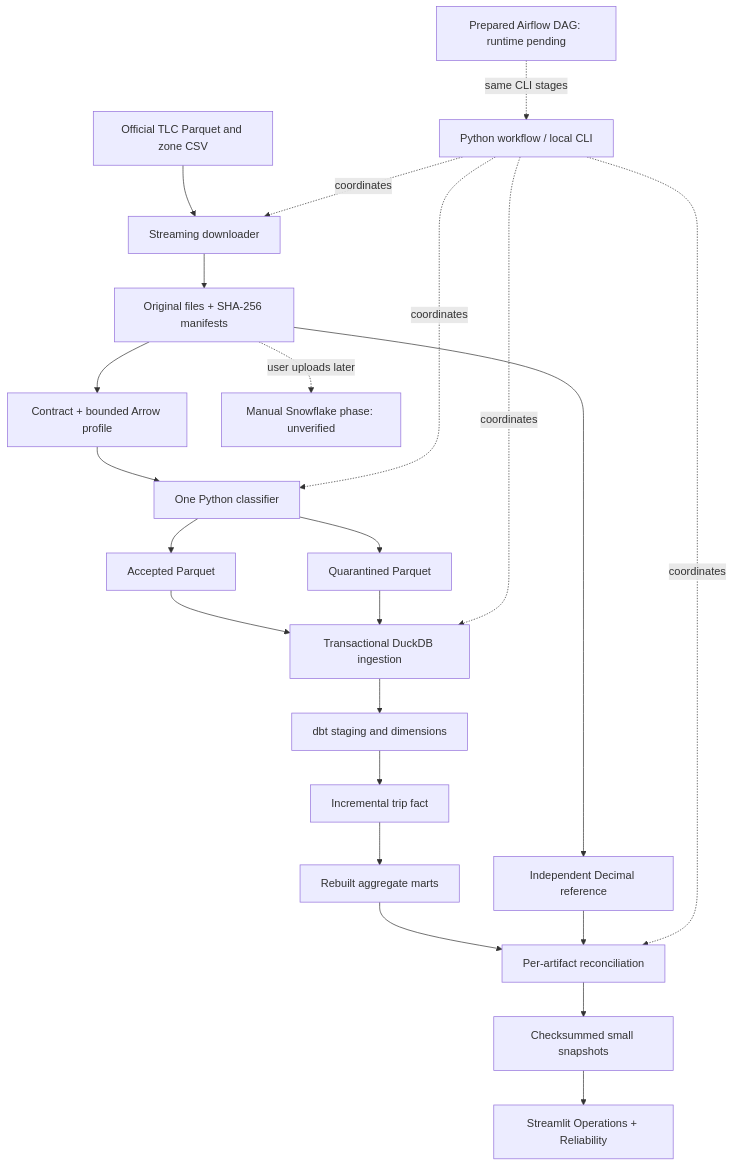
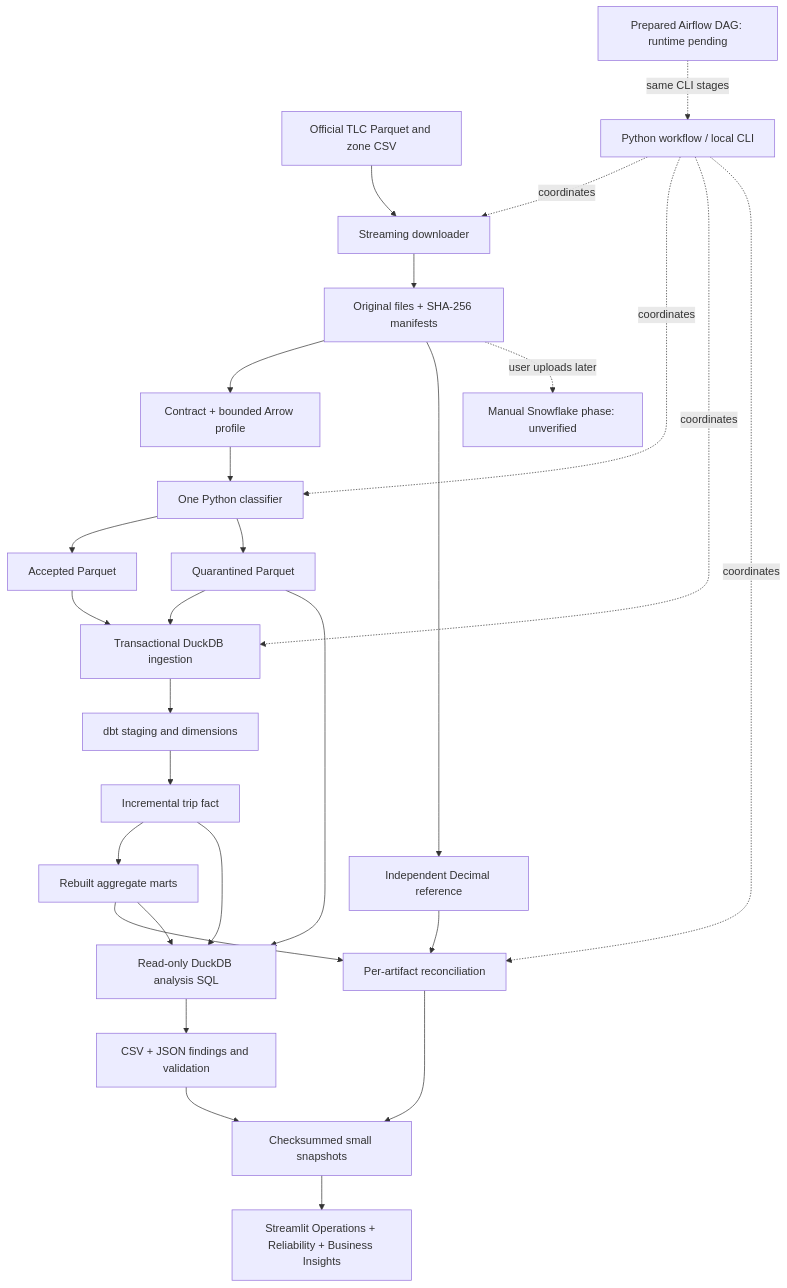
One commit to PuravDesai004/MobilityOps changed the diagram in architecture.md. Above: the diagram before and after it, drawn with Mermaid. The commit also changed other lines of this file and 50 other files, not shown here.

Commit message:
Add measured SQL business findings and validated dashboard insights

````diff
--- a/architecture.md
+++ b/architecture.md
@@ -18,25 +18,30 @@
 ```mermaid
 flowchart TD
     TLC[Official TLC Parquet and zone CSV] --> D[Streaming downloader]
     D --> RAW[Original files + SHA-256 manifests]
     RAW --> P[Contract + bounded Arrow profile]
     P --> C[One Python classifier]
     C --> A[Accepted Parquet]
     C --> Q[Quarantined Parquet]
     A --> I[Transactional DuckDB ingestion]
     Q --> I
     I --> S[dbt staging and dimensions]
     S --> F[Incremental trip fact]
     F --> M[Rebuilt aggregate marts]
     RAW --> R[Independent Decimal reference]
     M --> V[Per-artifact reconciliation]
     R --> V
     V --> E[Checksummed small snapshots]
-    E --> UI[Streamlit Operations + Reliability]
+    E --> UI[Streamlit Operations + Reliability + Business Insights]
+    F --> BA[Read-only DuckDB analysis SQL]
+    M --> BA
+    Q --> BA
+    BA --> BR[CSV + JSON findings and validation]
+    BR --> E
     O[Python workflow / local CLI] -. coordinates .-> D
     O -. coordinates .-> C
     O -. coordinates .-> I
     O -. coordinates .-> V
     AF[Prepared Airflow DAG: runtime pending] -. same CLI stages .-> O
     RAW -. user uploads later .-> SF[Manual Snowflake phase: unverified]
 ```
````
